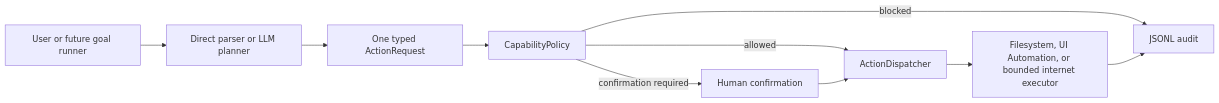
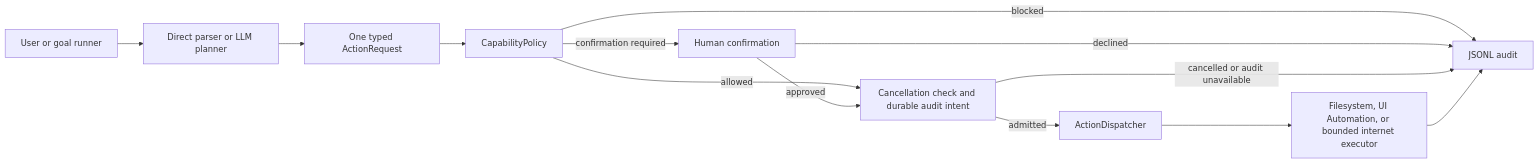
The first of 2 diagrams in docs/ARCHITECTURE.md (MahouSenseii/R.E.V.I.A), drawn with Mermaid before and after one commit. The commit also changed other lines of this file and 76 other files, not shown here.

````diff
--- a/docs/ARCHITECTURE.md
+++ b/docs/ARCHITECTURE.md
@@ -7,12 +7,15 @@
 ```mermaid
 flowchart LR
-    U["User or future goal runner"] --> P["Direct parser or LLM planner"]
+    U["User or goal runner"] --> P["Direct parser or LLM planner"]
     P --> J["One typed ActionRequest"]
     J --> C["CapabilityPolicy"]
     C -->|blocked| A["JSONL audit"]
     C -->|confirmation required| H["Human confirmation"]
-    C -->|allowed| D["ActionDispatcher"]
-    H --> D
+    C -->|allowed| I["Cancellation check and durable audit intent"]
+    H -->|approved| I
+    H -->|declined| A
+    I -->|admitted| D["ActionDispatcher"]
+    I -->|cancelled or audit unavailable| A
     D --> F["Filesystem, UI Automation, or bounded internet executor"]
     F --> A
 ```
````
